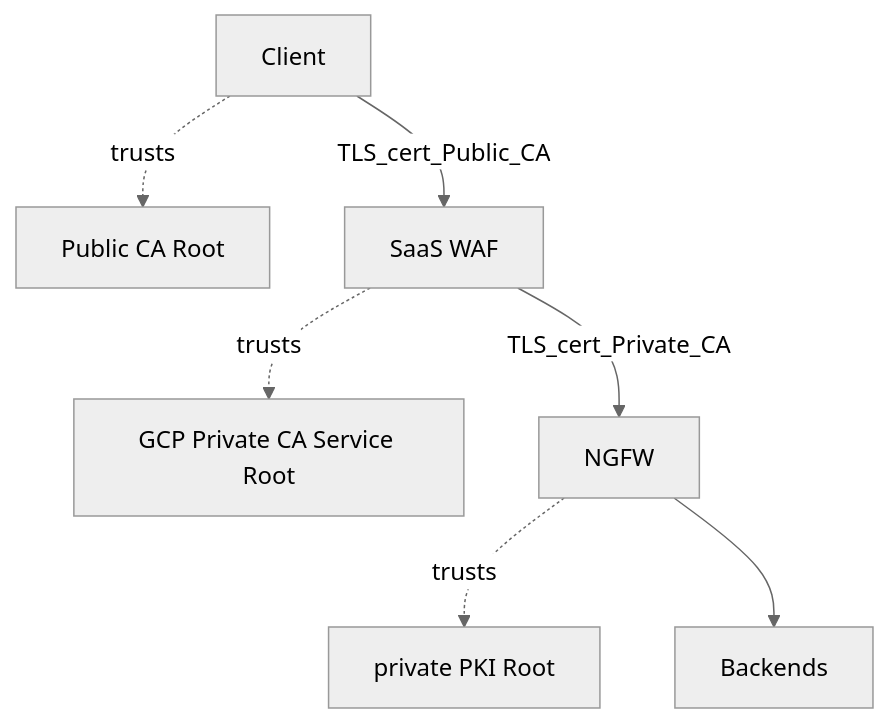
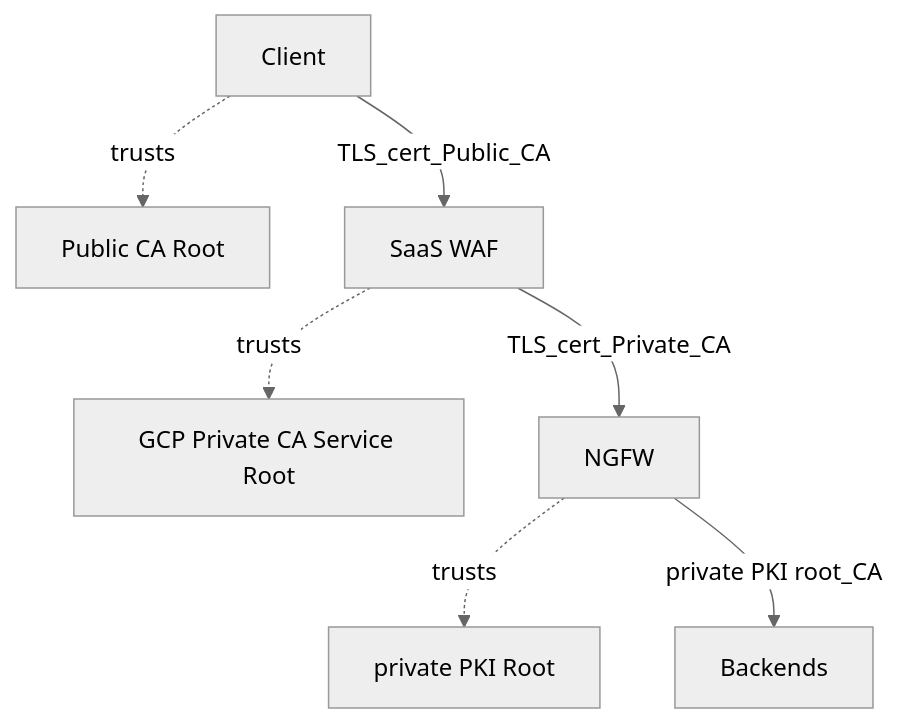
Before and after one commit to mbrow73/inetconfig: the first of 2 diagrams in README.md, drawn with Mermaid (neutral theme).

Commit message:
diagram polishing

````diff
--- a/README.md
+++ b/README.md
@@ -40,9 +40,9 @@
 ```mermaid 
   flowchart TB
     Client["Client"] -. trusts .-> PublicCA["Public CA Root"]
     SaaS_WAF["SaaS WAF"] -. trusts .-> PrivateCA["GCP Private CA Service Root"]
     Client -- TLS_cert_Public_CA --> SaaS_WAF
     SaaS_WAF -- TLS_cert_Private_CA --> NGFW["NGFW"]
     NGFW -. trusts .-> n1["private PKI Root"]
-    NGFW --> n2["Backends"]
+    NGFW --  private PKI root_CA --> n2["Backends"]
 ```
````
